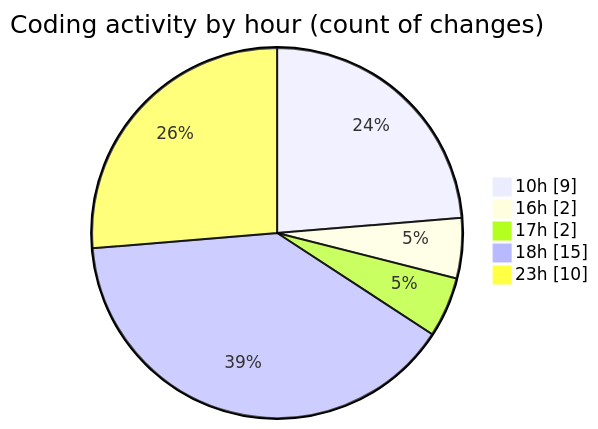
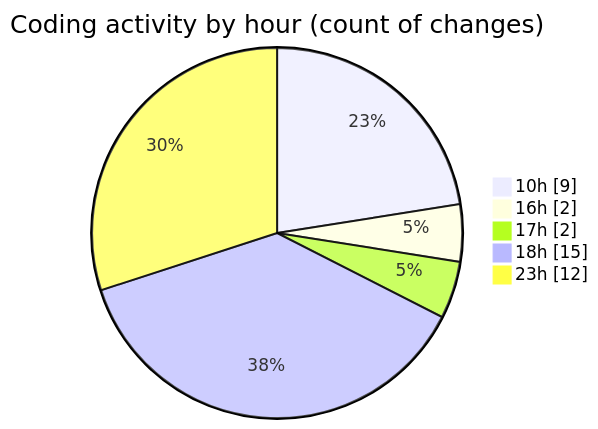
The second of 2 diagrams in 2025-10-10/eventscop-api-guide__workspace_/README.md (julien-gomy/code-tracking), drawn with Mermaid before and after one commit. The commit also changed other lines of this file and 1 other file, not shown here.

````diff
--- a/2025-10-10/eventscop-api-guide__workspace_/README.md
+++ b/2025-10-10/eventscop-api-guide__workspace_/README.md
@@ -33,9 +33,9 @@
 ```mermaid
 pie showData
 title Coding activity by hour (count of changes)
 "10h" : 9
 "16h" : 2
 "17h" : 2
 "18h" : 15
-"23h" : 10
+"23h" : 12
 ```
````
